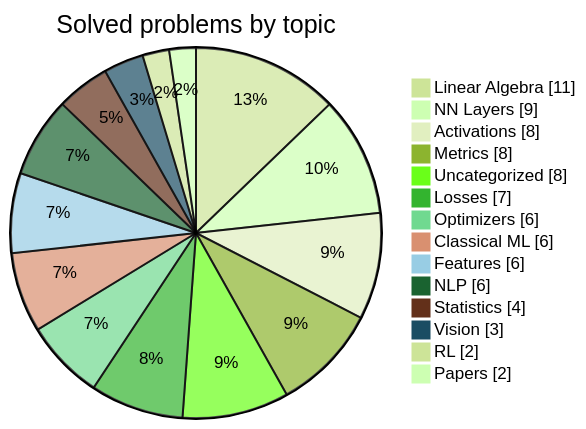
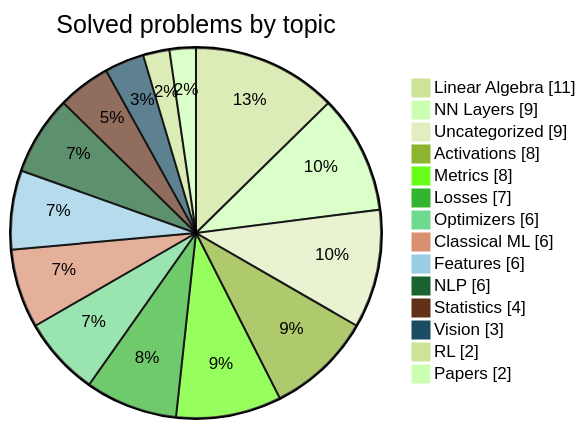
One commit to HarryTrn/TensorTonic-Solutions changed the second of 2 diagrams in README.md. Above: the diagram before and after it, drawn with Mermaid (forest theme). The commit also changed other lines of this file, not shown here.

````diff
--- a/README.md
+++ b/README.md
@@ -74,18 +74,18 @@
 ```mermaid
 pie showData
     title Solved problems by topic
     "Linear Algebra" : 11
     "NN Layers" : 9
+    "Uncategorized" : 9
     "Activations" : 8
     "Metrics" : 8
-    "Uncategorized" : 8
     "Losses" : 7
     "Optimizers" : 6
     "Classical ML" : 6
     "Features" : 6
     "NLP" : 6
     "Statistics" : 4
     "Vision" : 3
     "RL" : 2
     "Papers" : 2
 ```
````
